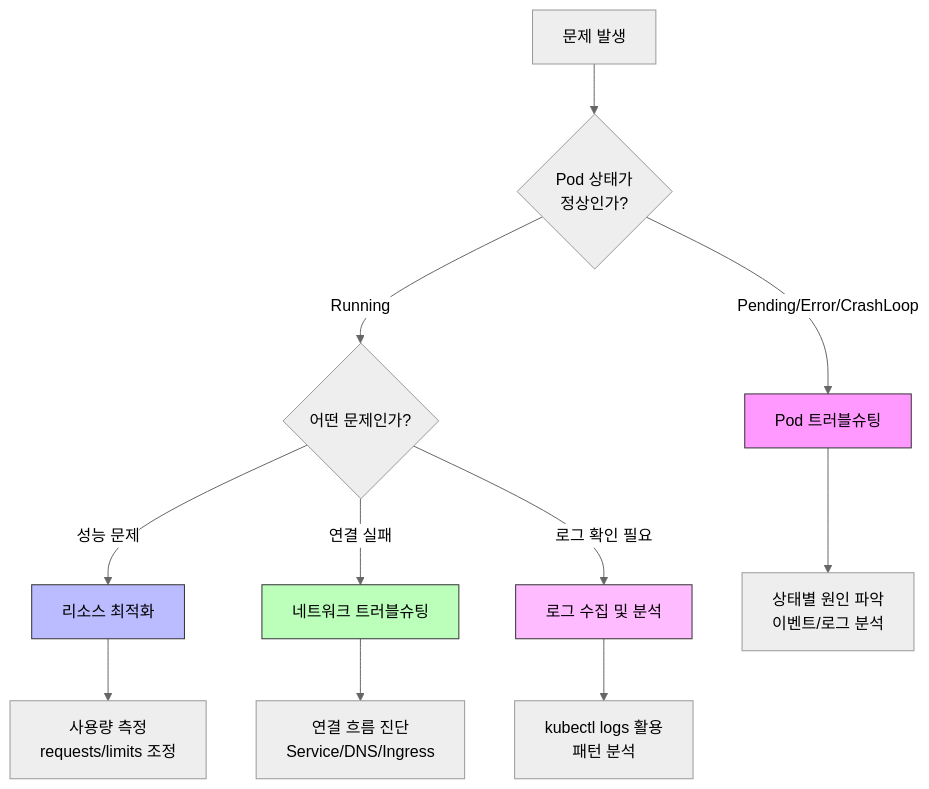
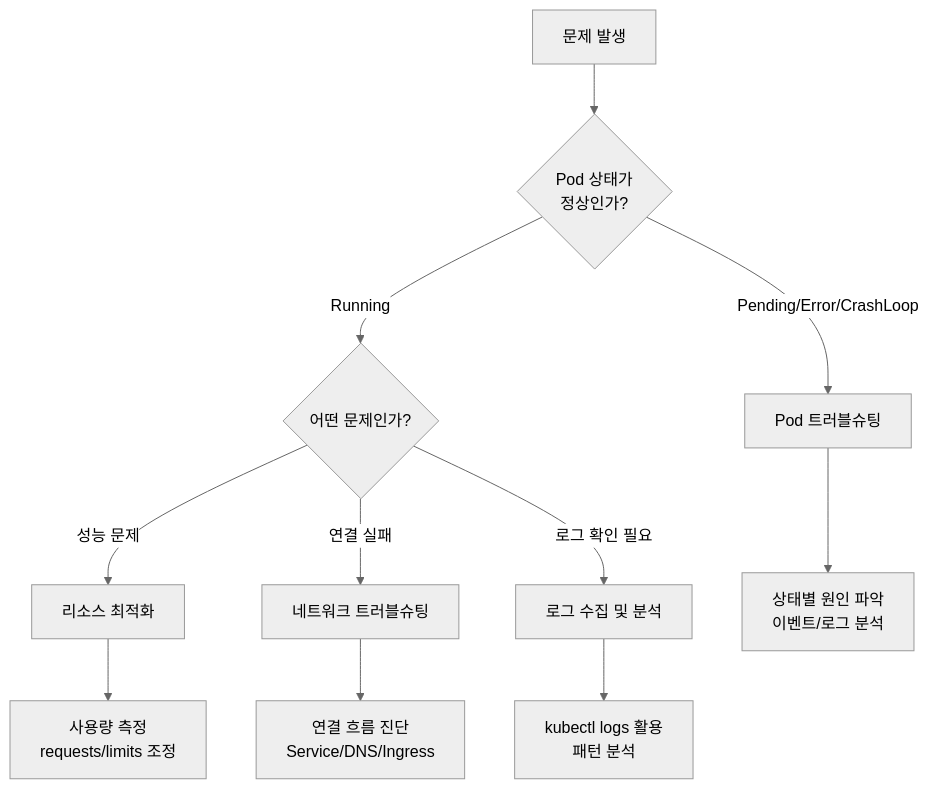
Before and after one commit to advanced-beginner/advanced-beginner.github.io: the diagram in content/ko/docs/kubernetes/howto/_index.md, drawn with Mermaid (neutral theme). The commit also changed 6 other files, not shown here.

First line of the commit message:
fix: Mermaid 색상 스타일(fill/stroke) 29개 제거

````diff
--- a/content/ko/docs/kubernetes/howto/_index.md
+++ b/content/ko/docs/kubernetes/howto/_index.md
@@ -18,21 +18,16 @@
 ```mermaid
 flowchart TD
     START[문제 발생] --> Q1{Pod 상태가<br>정상인가?}
 
     Q1 -->|Pending/Error/CrashLoop| A[Pod 트러블슈팅]
     Q1 -->|Running| Q2{어떤 문제인가?}
 
     Q2 -->|성능 문제| B[리소스 최적화]
     Q2 -->|연결 실패| C[네트워크 트러블슈팅]
     Q2 -->|로그 확인 필요| D[로그 수집 및 분석]
 
     A --> A1["상태별 원인 파악<br>이벤트/로그 분석"]
     B --> B1["사용량 측정<br>requests/limits 조정"]
     C --> C1["연결 흐름 진단<br>Service/DNS/Ingress"]
     D --> D1["kubectl logs 활용<br>패턴 분석"]
-
-    style A fill:#f9f,stroke:#333
-    style B fill:#bbf,stroke:#333
-    style C fill:#bfb,stroke:#333
-    style D fill:#fbf,stroke:#333
 ```
````
